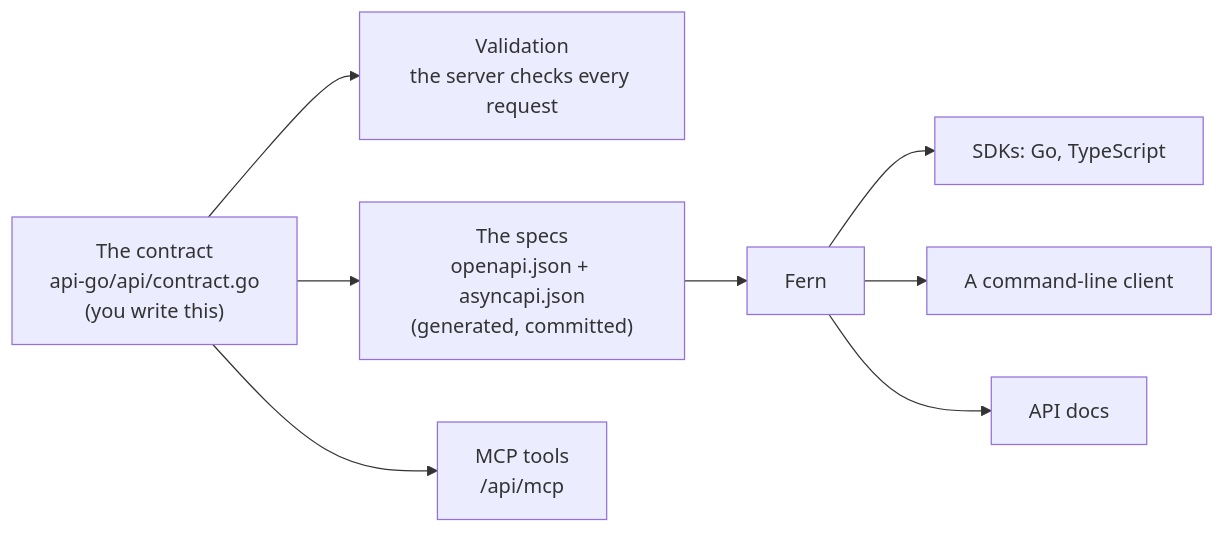
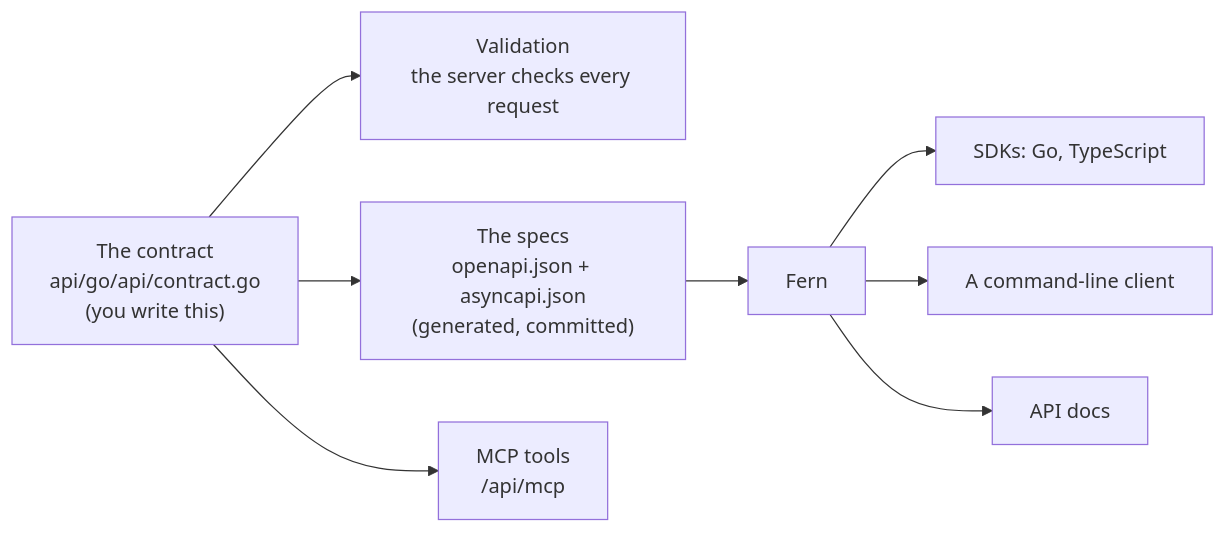
The diagram in docs/concepts/contract-first.md (joeblew999/charter), drawn with Mermaid before and after one commit. The commit also changed other lines of this file and 83 other files, not shown here.

````diff
--- a/docs/concepts/contract-first.md
+++ b/docs/concepts/contract-first.md
@@ -15,11 +15,11 @@
 ```mermaid
 flowchart LR
-    C["The contract<br/>api-go/api/contract.go<br/>(you write this)"]
+    C["The contract<br/>api/go/api/contract.go<br/>(you write this)"]
     C --> V["Validation<br/>the server checks every request"]
     C --> S["The specs<br/>openapi.json + asyncapi.json<br/>(generated, committed)"]
     C --> M["MCP tools<br/>/api/mcp"]
     S --> F["Fern"]
     F --> K["SDKs: Go, TypeScript"]
     F --> L["A command-line client"]
     F --> D["API docs"]
 ```
````
